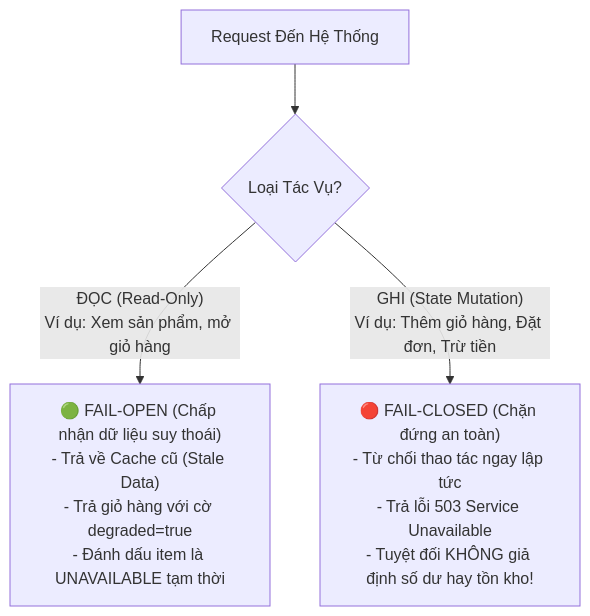
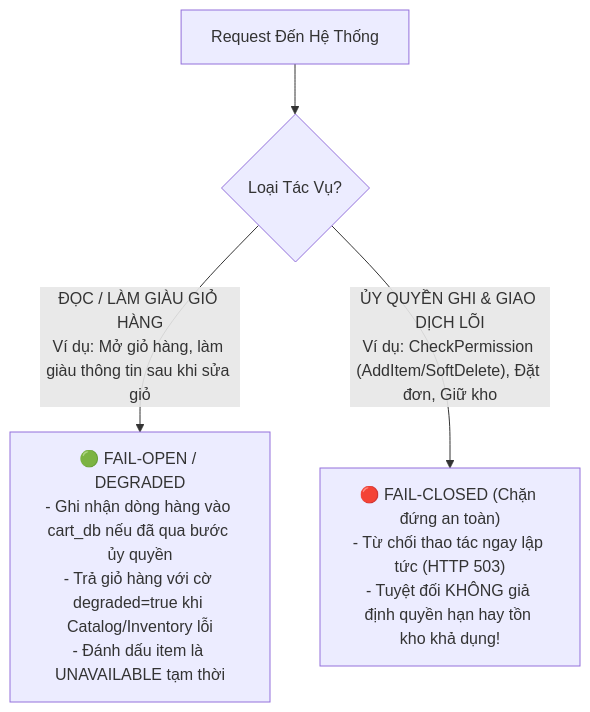
One commit to tuoitho/dreamshop changed the third of 3 diagrams in docs/architecture-evaluation/04-dong-thoi-nhat-quan-va-chong-oversell.md. Above: the diagram before and after it, drawn with Mermaid. The commit also changed other lines of this file and 40 other files, not shown here.

````diff
--- a/docs/architecture-evaluation/04-dong-thoi-nhat-quan-va-chong-oversell.md
+++ b/docs/architecture-evaluation/04-dong-thoi-nhat-quan-va-chong-oversell.md
@@ -162,8 +164,8 @@
 ```mermaid
 flowchart TD
     Req["Request Đến Hệ Thống"] --> Type{"Loại Tác Vụ?"}
 
-    Type -- "ĐỌC (Read-Only)\nVí dụ: Xem sản phẩm, mở giỏ hàng" --> FailOpen["🟢 FAIL-OPEN (Chấp nhận dữ liệu suy thoái)\n- Trả về Cache cũ (Stale Data)\n- Trả giỏ hàng với cờ degraded=true\n- Đánh dấu item là UNAVAILABLE tạm thời"]
+    Type -- "ĐỌC / LÀM GIÀU GIỎ HÀNG\nVí dụ: Mở giỏ hàng, làm giàu thông tin sau khi sửa giỏ" --> FailOpen["🟢 FAIL-OPEN / DEGRADED\n- Ghi nhận dòng hàng vào cart_db nếu đã qua bước ủy quyền\n- Trả giỏ hàng với cờ degraded=true khi Catalog/Inventory lỗi\n- Đánh dấu item là UNAVAILABLE tạm thời"]
 
-    Type -- "GHI (State Mutation)\nVí dụ: Thêm giỏ hàng, Đặt đơn, Trừ tiền" --> FailClosed["🔴 FAIL-CLOSED (Chặn đứng an toàn)\n- Từ chối thao tác ngay lập tức\n- Trả lỗi 503 Service Unavailable\n- Tuyệt đối KHÔNG giả định số dư hay tồn kho!"]
+    Type -- "ỦY QUYỀN GHI & GIAO DỊCH LÕI\nVí dụ: CheckPermission (AddItem/SoftDelete), Đặt đơn, Giữ kho" --> FailClosed["🔴 FAIL-CLOSED (Chặn đứng an toàn)\n- Từ chối thao tác ngay lập tức (HTTP 503)\n- Tuyệt đối KHÔNG giả định quyền hạn hay tồn kho khả dụng!"]
 ```
````
